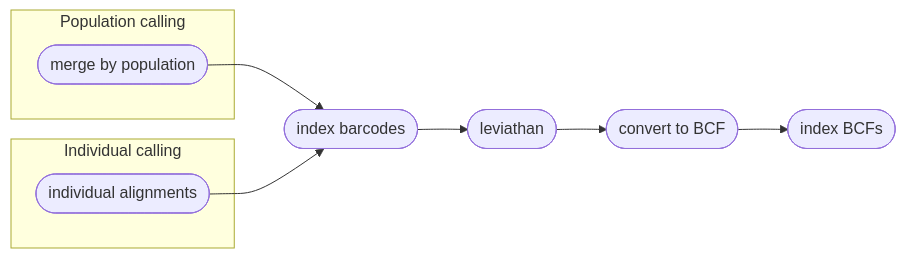
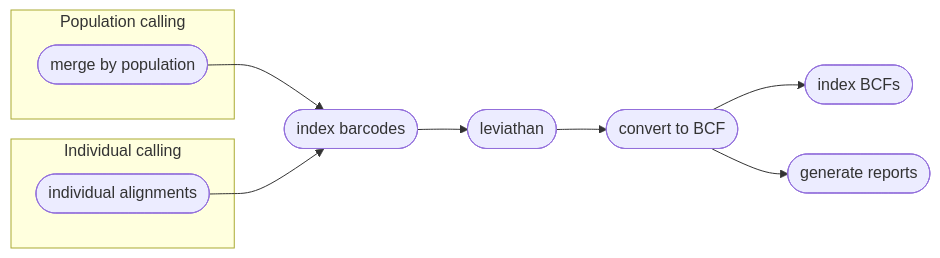
One commit to pdimens/harpy changed the second of 2 diagrams in Modules/variantcalling.md. Above: the diagram before and after it, drawn with Mermaid. The commit also changed other lines of this file, not shown here.

Commit message:
update DAG

````diff
--- a/Modules/variantcalling.md
+++ b/Modules/variantcalling.md
@@ -93,14 +94,15 @@
 ```mermaid
 graph LR
     subgraph Population calling
     popsplit([merge by population])
     end
     subgraph Individual calling
     bams([individual alignments])
     end
     popsplit-->A
     bams-->A
     A([index barcodes]) --> B([leviathan])
     B-->C([convert to BCF])
     C-->D([index BCFs])
+    C-->E([generate reports])
 ```
````
